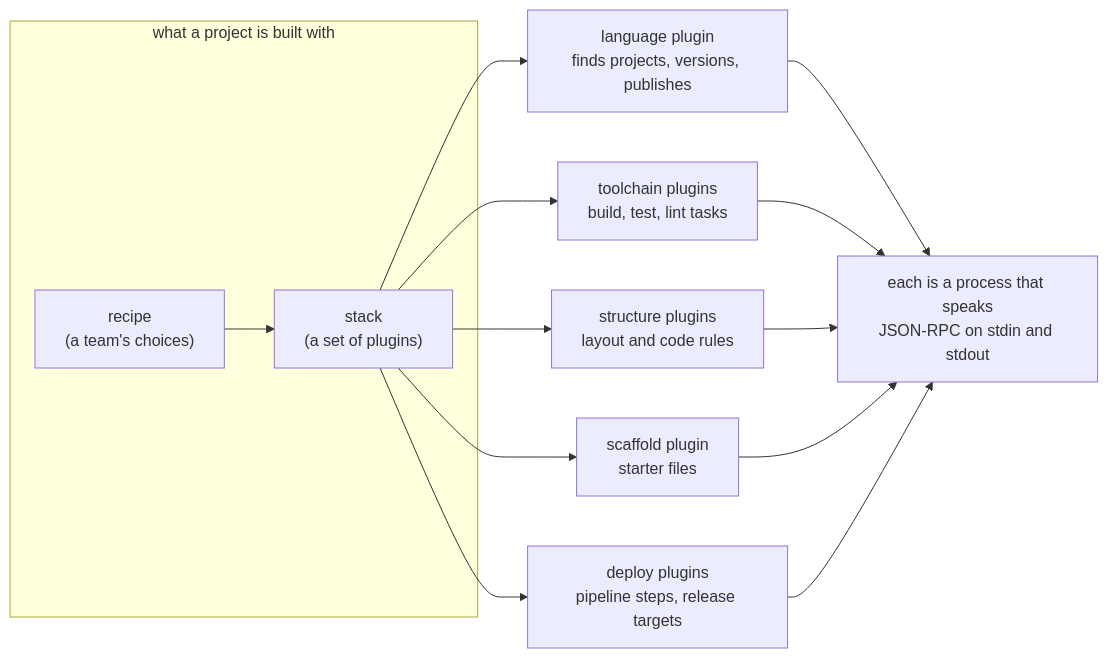
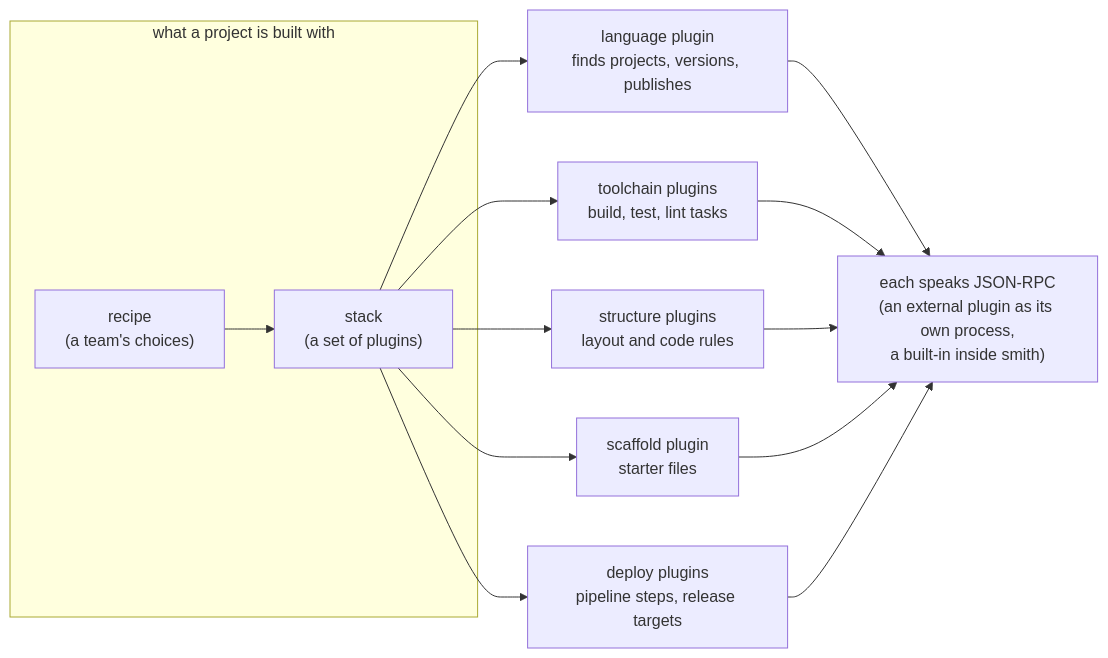
Before and after one commit to monosmith-app/monosmith: the diagram in docs/plugins/README.md, drawn with Mermaid. The commit also changed 20 other files, not shown here.

Commit message:
docs: built-in plugins run inside the smith process

````diff
--- a/docs/plugins/README.md
+++ b/docs/plugins/README.md
@@ -21,12 +21,12 @@
 ```mermaid
 flowchart LR
   subgraph choose["what a project is built with"]
     recipe["recipe<br/>(a team's choices)"] --> stack["stack<br/>(a set of plugins)"]
   end
   stack --> lang["language plugin<br/>finds projects, versions, publishes"]
   stack --> tool["toolchain plugins<br/>build, test, lint tasks"]
   stack --> struct["structure plugins<br/>layout and code rules"]
   stack --> scaf["scaffold plugin<br/>starter files"]
   stack --> dep["deploy plugins<br/>pipeline steps, release targets"]
-  lang & tool & struct & scaf & dep --> proc["each is a process that speaks<br/>JSON-RPC on stdin and stdout"]
+  lang & tool & struct & scaf & dep --> proc["each speaks JSON-RPC<br/>(an external plugin as its own process,<br/>a built-in inside smith)"]
 ```
````
